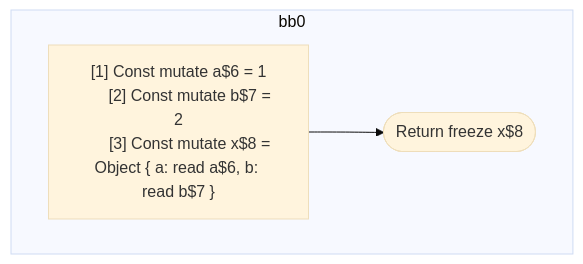
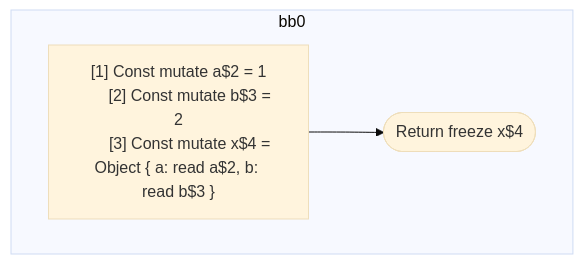
One commit to wutsmog/private changed the diagram in compiler/forget/src/__tests__/fixtures/hir/ssa-objectexpression.expect.md. Above: the diagram before and after it, drawn with Mermaid (base theme). The commit also changed other lines of this file and 57 other files, not shown here.

````diff
--- a/compiler/forget/src/__tests__/fixtures/hir/ssa-objectexpression.expect.md
+++ b/compiler/forget/src/__tests__/fixtures/hir/ssa-objectexpression.expect.md
@@ -26,15 +26,15 @@
 ```mermaid
 flowchart TB
   %% Basic Blocks
   subgraph bb0
     bb0_instrs["
-      [1] Const mutate a$6 = 1
-      [2] Const mutate b$7 = 2
-      [3] Const mutate x$8 = Object { a: read a$6, b: read b$7 }
+      [1] Const mutate a$2 = 1
+      [2] Const mutate b$3 = 2
+      [3] Const mutate x$4 = Object { a: read a$2, b: read b$3 }
     "]
-    bb0_instrs --> bb0_terminal(["Return freeze x$8"])
+    bb0_instrs --> bb0_terminal(["Return freeze x$4"])
   end
 
   %% Jumps
   %% empty
 ```
````
